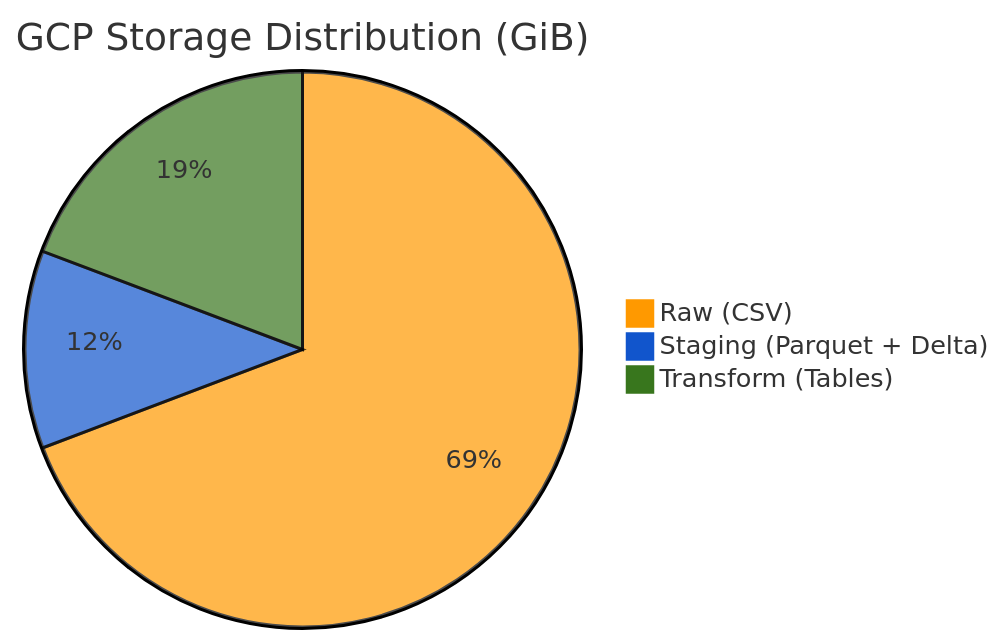
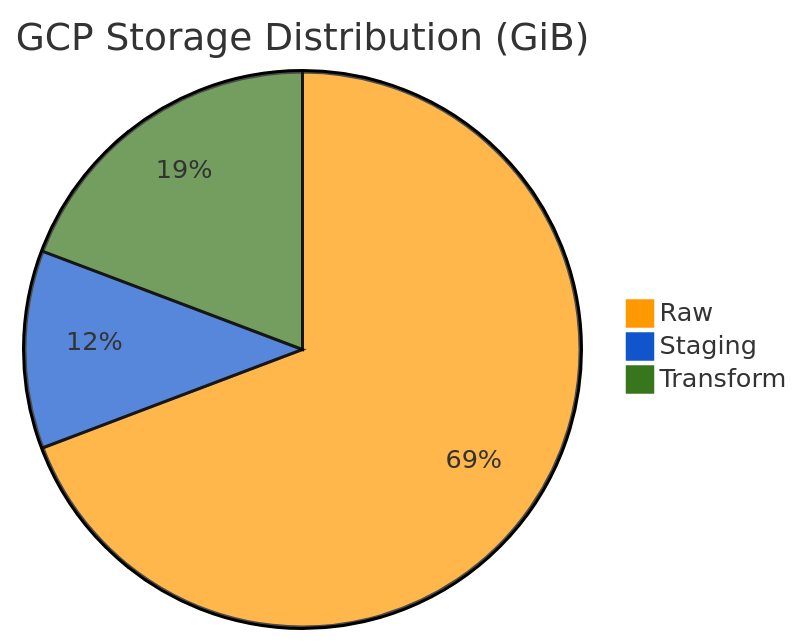
Before and after one commit to nhudinh2103/Multi-platform-comparison-NYC-Taxi-dataset: the second of 3 diagrams in README.md, drawn with Mermaid. The commit also changed other lines of this file, not shown here.

````diff
--- a/README.md
+++ b/README.md
@@ -288,8 +288,8 @@
 ```mermaid
 %%{init: {'theme': 'base', 'themeVariables': { 'pie1': '#ff9900', 'pie2': '#1155cc', 'pie3': '#38761d'}}}%%
 pie
     title GCP Storage Distribution (GiB)
-    "Raw (CSV)" : 223.13
-    "Staging (Parquet + Delta)" : 37.08
-    "Transform (Tables)" : 62.04
+    "Raw" : 223.13
+    "Staging" : 37.08
+    "Transform" : 62.04
 ```
````
